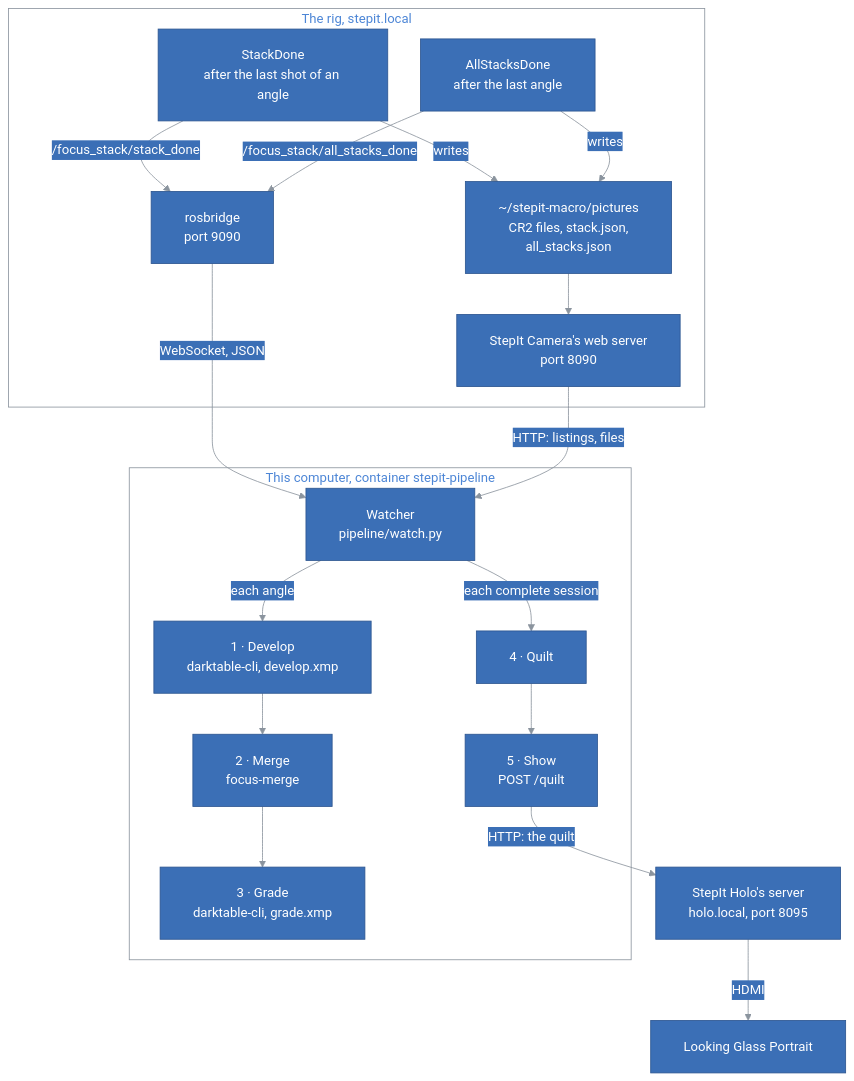
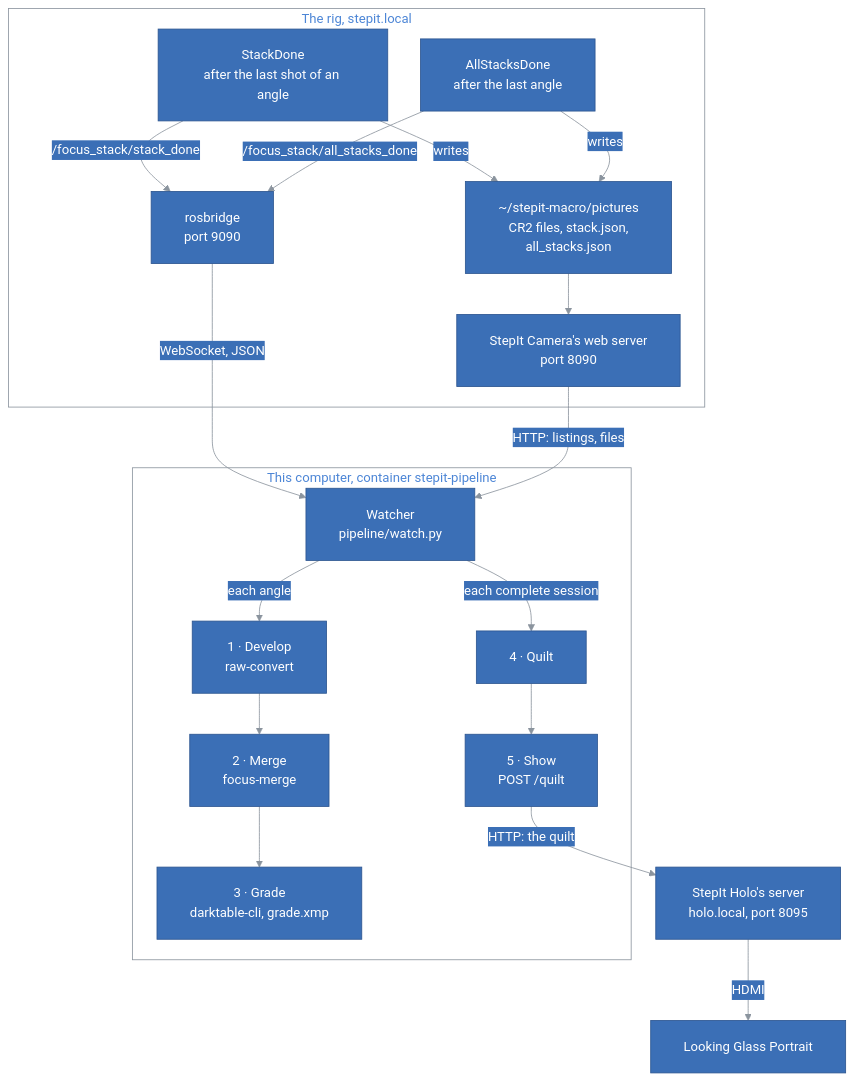
The first of 2 diagrams in docs/ARCHITECTURE.md (kineticsystem/stepit-stacker), drawn with Mermaid before and after one commit. The commit also changed other lines of this file and 14 other files, not shown here.

First line of the commit message:
Develop the raw frames with raw-convert instead of darktable

```diff
--- a/docs/ARCHITECTURE.md
+++ b/docs/ARCHITECTURE.md
@@ -100,7 +100,7 @@
     end
     subgraph PC["This computer, container stepit-pipeline"]
         Watcher["Watcher<br/>pipeline/watch.py"]
-        Develop["1 · Develop<br/>darktable-cli, develop.xmp"]
+        Develop["1 · Develop<br/>raw-convert"]
         Merge["2 · Merge<br/>focus-merge"]
         Grade["3 · Grade<br/>darktable-cli, grade.xmp"]
         Quilt["4 · Quilt"]
```
